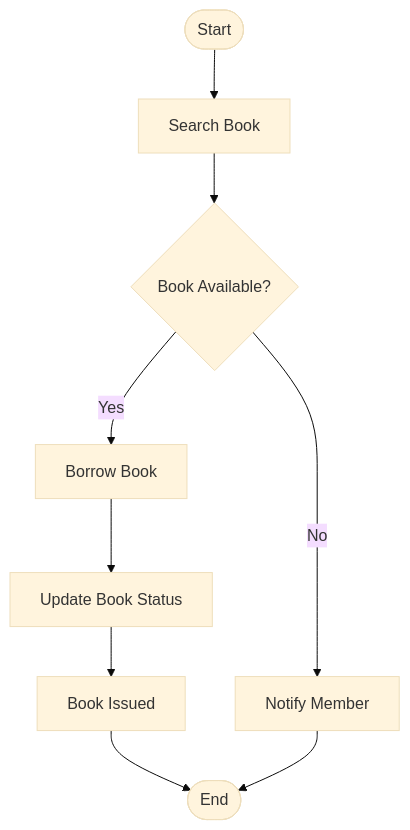
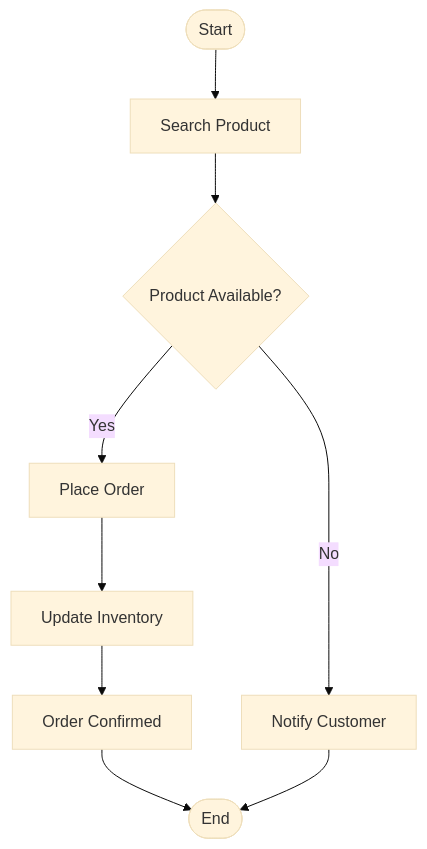
The diagram in 01_oop_foundations/02_system_modeling/docs/activity_diagram.md (NagachandanP/python-low-level-design), drawn with Mermaid (base theme) before and after one commit. The commit also changed other lines of this file and 5 other files, not shown here.

Commit message:
feat(oop): complete lesson 02 - uml system modeling

````diff
--- a/01_oop_foundations/02_system_modeling/docs/activity_diagram.md
+++ b/01_oop_foundations/02_system_modeling/docs/activity_diagram.md
@@ -9,35 +13,35 @@
 ```mermaid
 flowchart TD
 
 Start([Start])
 
-Search[Search Book]
+Search[Search Product]
 
-Available{Book Available?}
+Available{Product Available?}
 
-Borrow[Borrow Book]
+Order[Place Order]
 
-Update[Update Book Status]
+Update[Update Inventory]
 
-Success[Book Issued]
+Confirm[Order Confirmed]
 
-Failure[Notify Member]
+Notify[Notify Customer]
 
 End([End])
 
 Start --> Search
 
 Search --> Available
 
-Available -- Yes --> Borrow
+Available -- Yes --> Order
 
-Borrow --> Update
+Order --> Update
 
-Update --> Success
+Update --> Confirm
 
-Success --> End
+Confirm --> End
 
-Available -- No --> Failure
+Available -- No --> Notify
 
-Failure --> End
+Notify --> End
 ```
````
